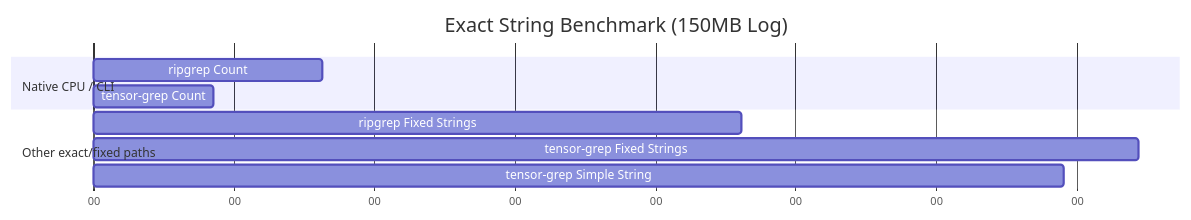
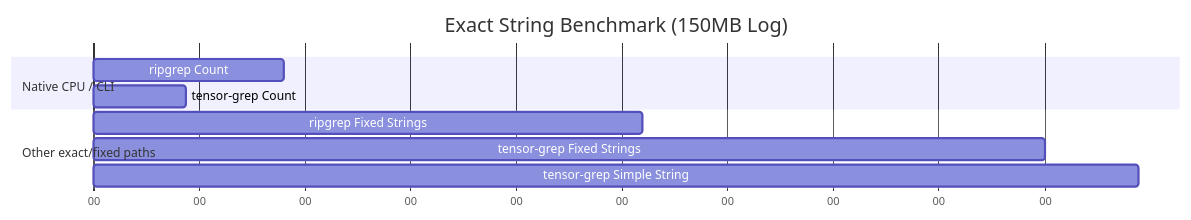
Before and after one commit to oimiragieo/tensor-grep: the third of 3 diagrams in docs/PAPER.md, drawn with Mermaid. The commit also changed other lines of this file and 4 other files, not shown here.

````diff
--- a/docs/PAPER.md
+++ b/docs/PAPER.md
@@ -127,15 +127,15 @@
 ```mermaid
 gantt
     title Exact String Benchmark (150MB Log)
     dateFormat  s
     axisFormat %S
     
     section Native CPU / CLI
-    ripgrep Count              :a1, 0, 0.163s
-    tensor-grep Count          :a2, 0, 0.085s
+    ripgrep Count              :a1, 0, 0.180s
+    tensor-grep Count          :a2, 0, 0.087s
     
     section Other exact/fixed paths
-    ripgrep Fixed Strings      :a3, 0, 0.461s
-    tensor-grep Fixed Strings  :a4, 0, 0.744s
-    tensor-grep Simple String  :a5, 0, 0.691s
+    ripgrep Fixed Strings      :a3, 0, 0.520s
+    tensor-grep Fixed Strings  :a4, 0, 0.900s
+    tensor-grep Simple String  :a5, 0, 0.989s
 ```
````
